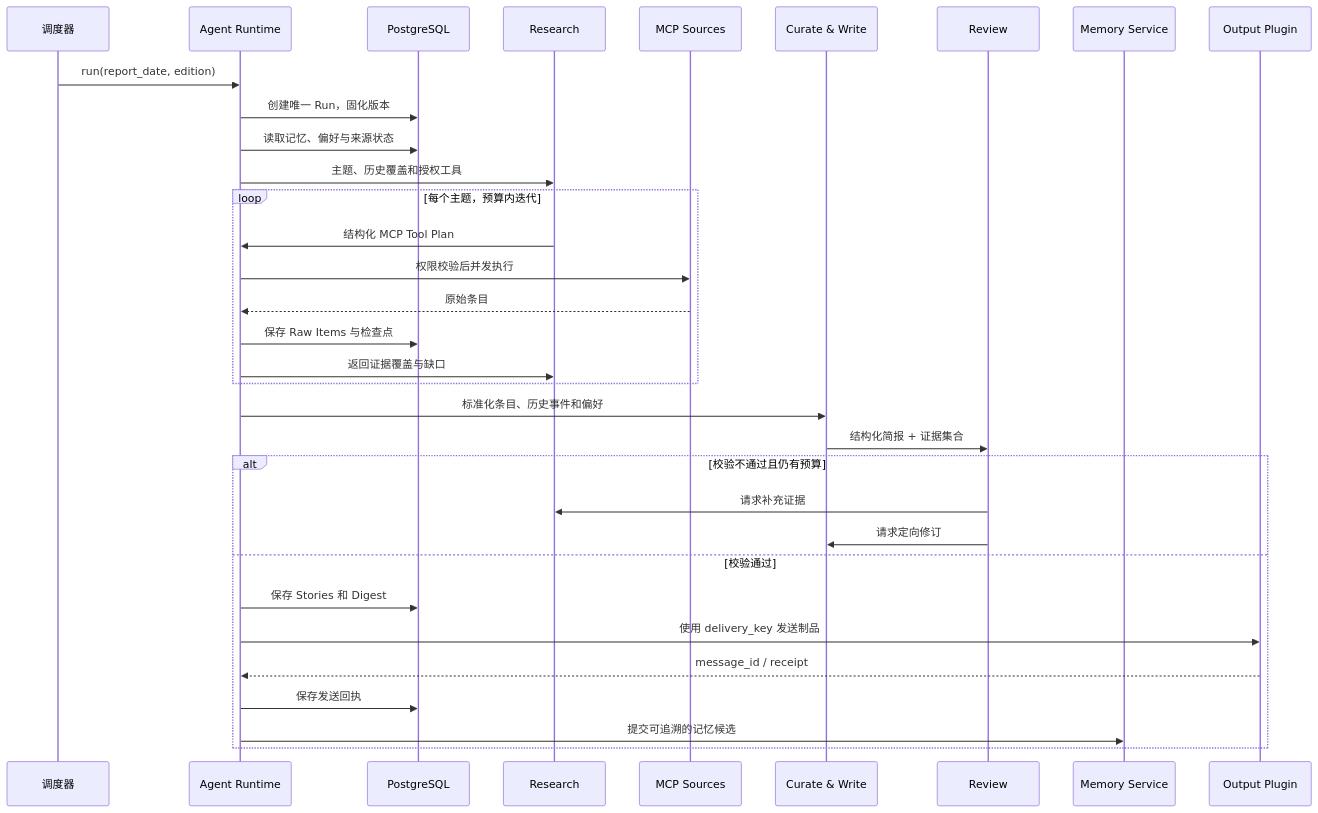
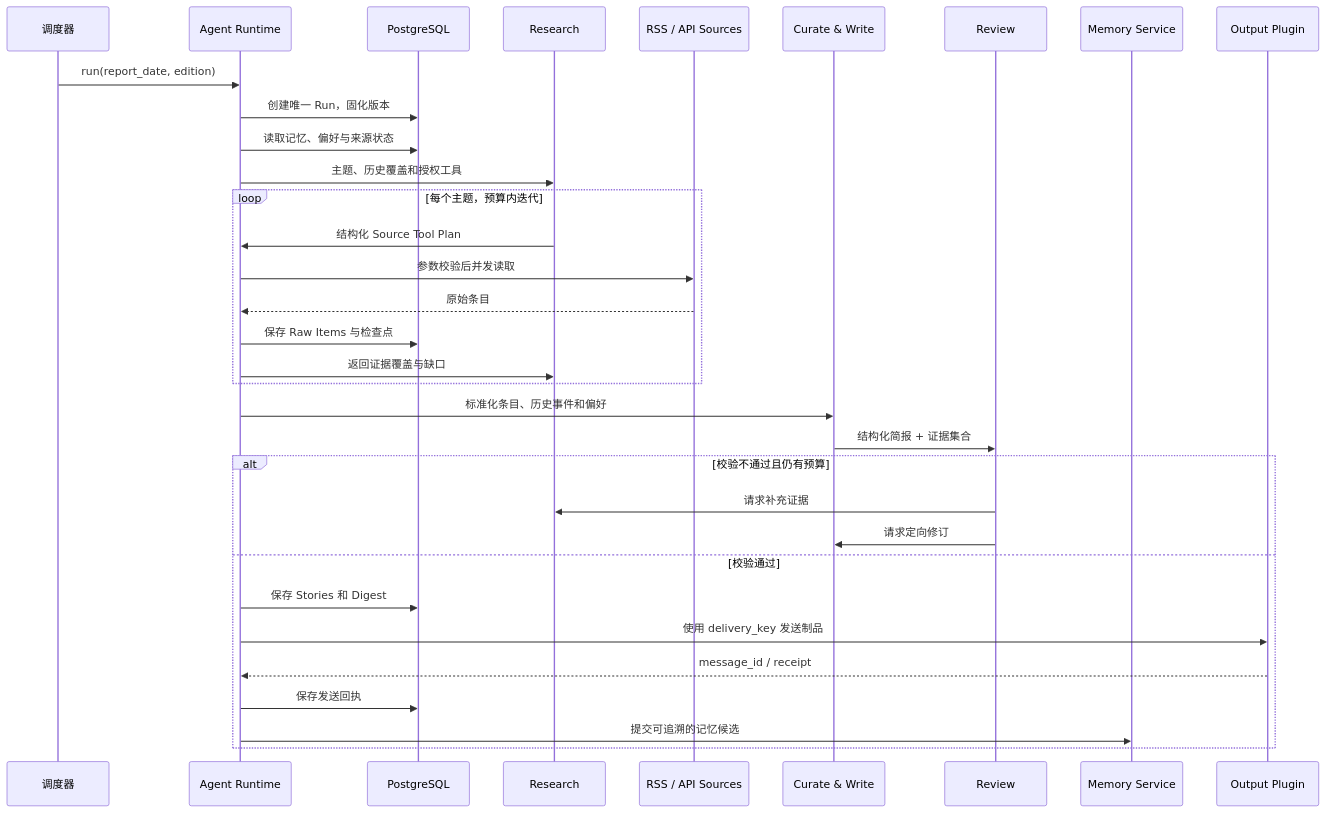
The second of 4 diagrams in docs/technical-design.md (liuxzzz/finance-ai-news-agent), drawn with Mermaid before and after one commit. The commit also changed other lines of this file and 42 other files, not shown here.

````diff
--- a/docs/technical-design.md
+++ b/docs/technical-design.md
@@ -158,36 +159,36 @@
 ```mermaid
 sequenceDiagram
     participant Scheduler as 调度器
     participant Runtime as Agent Runtime
     participant DB as PostgreSQL
     participant Research as Research
-    participant MCP as MCP Sources
+    participant Sources as RSS / API Sources
     participant Compose as Curate & Write
     participant Review as Review
     participant Memory as Memory Service
     participant Output as Output Plugin
 
     Scheduler->>Runtime: run(report_date, edition)
     Runtime->>DB: 创建唯一 Run，固化版本
     Runtime->>DB: 读取记忆、偏好与来源状态
     Runtime->>Research: 主题、历史覆盖和授权工具
     loop 每个主题，预算内迭代
-      Research->>Runtime: 结构化 MCP Tool Plan
-      Runtime->>MCP: 权限校验后并发执行
-      MCP-->>Runtime: 原始条目
+      Research->>Runtime: 结构化 Source Tool Plan
+      Runtime->>Sources: 参数校验后并发读取
+      Sources-->>Runtime: 原始条目
       Runtime->>DB: 保存 Raw Items 与检查点
       Runtime->>Research: 返回证据覆盖与缺口
     end
     Runtime->>Compose: 标准化条目、历史事件和偏好
     Compose->>Review: 结构化简报 + 证据集合
     alt 校验不通过且仍有预算
       Review->>Research: 请求补充证据
       Review->>Compose: 请求定向修订
     else 校验通过
       Runtime->>DB: 保存 Stories 和 Digest
       Runtime->>Output: 使用 delivery_key 发送制品
       Output-->>Runtime: message_id / receipt
       Runtime->>DB: 保存发送回执
       Runtime->>Memory: 提交可追溯的记忆候选
     end
 ```
````
